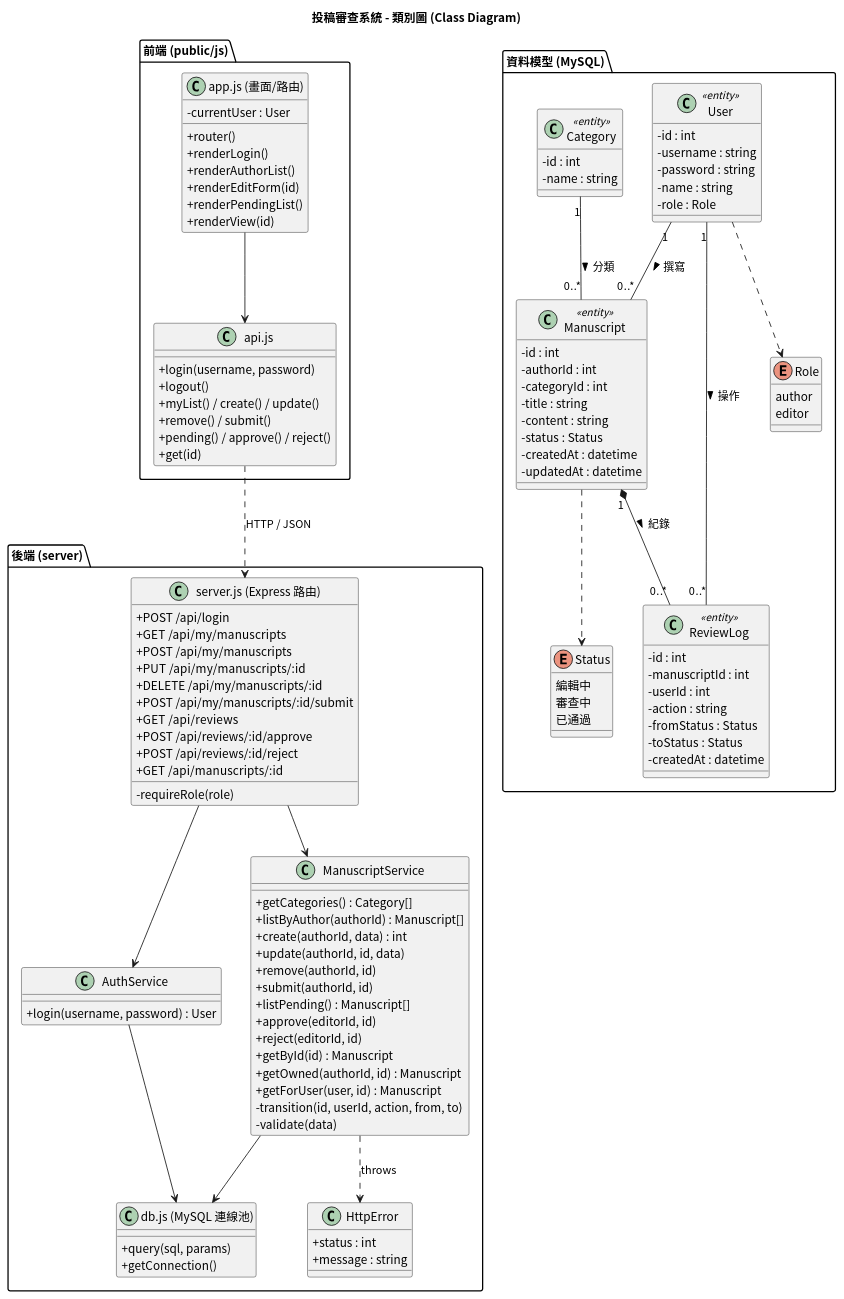
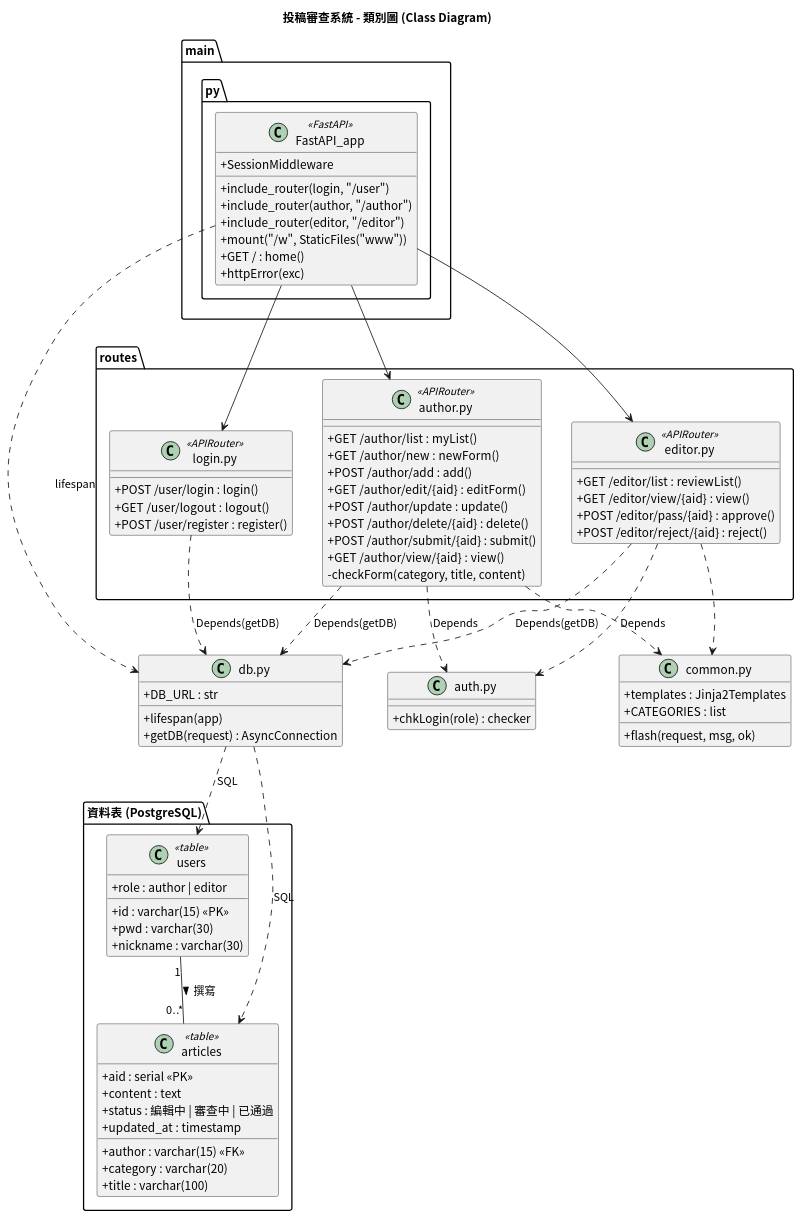
Before and after one commit to 617-lyx/1151se_mid: the diagram in docs/uml/02_class_diagram.puml, drawn with PlantUML. The commit also changed 45 other files, not shown here.

Commit message:
依課堂範例改寫：Python FastAPI + Jinja2 + PostgreSQL，更新 UML 圖

```diff
--- a/docs/uml/02_class_diagram.puml
+++ b/docs/uml/02_class_diagram.puml
@@ -1,126 +1,91 @@
 @startuml 02_class_diagram
 skinparam defaultFontName "Noto Sans CJK TC"
 skinparam shadowing false
 skinparam backgroundColor white
 title 投稿審查系統 - 類別圖 (Class Diagram)
 skinparam classAttributeIconSize 0
 
-package "前端 (public/js)" {
-  class "app.js (畫面/路由)" as App {
-    - currentUser : User
-    + router()
-    + renderLogin()
-    + renderAuthorList()
-    + renderEditForm(id)
-    + renderPendingList()
-    + renderView(id)
-  }
-  class "api.js" as Api {
-    + login(username, password)
-    + logout()
-    + myList() / create() / update()
-    + remove() / submit()
-    + pending() / approve() / reject()
-    + get(id)
+package "main.py" {
+  class FastAPI_app <<FastAPI>> {
+    + SessionMiddleware
+    + include_router(login, "/user")
+    + include_router(author, "/author")
+    + include_router(editor, "/editor")
+    + mount("/w", StaticFiles("www"))
+    + GET / : home()
+    + httpError(exc)
   }
 }
 
-package "後端 (server)" {
-  class "server.js (Express 路由)" as Server {
-    + POST /api/login
-    + GET  /api/my/manuscripts
-    + POST /api/my/manuscripts
-    + PUT  /api/my/manuscripts/:id
-    + DELETE /api/my/manuscripts/:id
-    + POST /api/my/manuscripts/:id/submit
-    + GET  /api/reviews
-    + POST /api/reviews/:id/approve
-    + POST /api/reviews/:id/reject
-    + GET  /api/manuscripts/:id
-    - requireRole(role)
+package "routes" {
+  class "login.py" as LoginRouter <<APIRouter>> {
+    + POST /user/login : login()
+    + GET  /user/logout : logout()
+    + POST /user/register : register()
   }
-  class AuthService {
-    + login(username, password) : User
+  class "author.py" as AuthorRouter <<APIRouter>> {
+    + GET  /author/list : myList()
+    + GET  /author/new : newForm()
+    + POST /author/add : add()
+    + GET  /author/edit/{aid} : editForm()
+    + POST /author/update : update()
+    + POST /author/delete/{aid} : delete()
+    + POST /author/submit/{aid} : submit()
+    + GET  /author/view/{aid} : view()
+    - checkForm(category, title, content)
   }
-  class ManuscriptService {
-    + getCategories() : Category[]
-    + listByAuthor(authorId) : Manuscript[]
-    + create(authorId, data) : int
-    + update(authorId, id, data)
-    + remove(authorId, id)
-    + submit(authorId, id)
-    + listPending() : Manuscript[]
-    + approve(editorId, id)
-    + reject(editorId, id)
-    + getById(id) : Manuscript
-    + getOwned(authorId, id) : Manuscript
-    + getForUser(user, id) : Manuscript
-    - transition(id, userId, action, from, to)
-    - validate(data)
-  }
-  class HttpError {
-    + status : int
-    + message : string
-  }
-  class "db.js (MySQL 連線池)" as Pool {
-    + query(sql, params)
-    + getConnection()
+  class "editor.py" as EditorRouter <<APIRouter>> {
+    + GET  /editor/list : reviewList()
+    + GET  /editor/view/{aid} : view()
+    + POST /editor/pass/{aid} : approve()
+    + POST /editor/reject/{aid} : reject()
   }
 }
 
-package "資料模型 (MySQL)" {
-  enum Role {
-    author
-    editor
+class "auth.py" as Auth {
+  + chkLogin(role) : checker
+}
+class "db.py" as DB {
+  + DB_URL : str
+  + lifespan(app)
+  + getDB(request) : AsyncConnection
+}
+class "common.py" as Common {
+  + templates : Jinja2Templates
+  + CATEGORIES : list
+  + flash(request, msg, ok)
+}
+
+package "資料表 (PostgreSQL)" {
+  class users <<table>> {
+    + id : varchar(15) <<PK>>
+    + pwd : varchar(30)
+    + nickname : varchar(30)
+    + role : author | editor
   }
-  enum Status {
-    編輯中
-    審查中
-    已通過
-  }
-  class User <<entity>> {
-    - id : int
-    - username : string
-    - password : string
-    - name : string
-    - role : Role
-  }
-  class Category <<entity>> {
-    - id : int
-    - name : string
-  }
-  class Manuscript <<entity>> {
-    - id : int
-    - authorId : int
-    - categoryId : int
-    - title : string
-    - content : string
-    - status : Status
-    - createdAt : datetime
-    - updatedAt : datetime
-  }
-  class ReviewLog <<entity>> {
-    - id : int
-    - manuscriptId : int
-    - userId : int
-    - action : string
-    - fromStatus : Status
-    - toStatus : Status
-    - createdAt : datetime
+  class articles <<table>> {
+    + aid : serial <<PK>>
+    + author : varchar(15) <<FK>>
+    + category : varchar(20)
+    + title : varchar(100)
+    + content : text
+    + status : 編輯中 | 審查中 | 已通過
+    + updated_at : timestamp
   }
 }
 
-App --> Api
-Api ..> Server : HTTP / JSON
-Server --> AuthService
-Server --> ManuscriptService
-AuthService --> Pool
-ManuscriptService --> Pool
-ManuscriptService ..> HttpError : throws
-User "1" -- "0..*" Manuscript : 撰寫 >
-Category "1" -- "0..*" Manuscript : 分類 >
-Manuscript "1" *-- "0..*" ReviewLog : 紀錄 >
-User "1" -- "0..*" ReviewLog : 操作 >
-User ..> Role
-Manuscript ..> Status
+FastAPI_app --> LoginRouter
+FastAPI_app --> AuthorRouter
+FastAPI_app --> EditorRouter
+FastAPI_app ..> DB : lifespan
+AuthorRouter ..> Auth : Depends
+EditorRouter ..> Auth : Depends
+LoginRouter ..> DB : Depends(getDB)
+AuthorRouter ..> DB : Depends(getDB)
+EditorRouter ..> DB : Depends(getDB)
+AuthorRouter ..> Common
+EditorRouter ..> Common
+DB ..> users : SQL
+DB ..> articles : SQL
+users "1" -- "0..*" articles : 撰寫 >
 @enduml
```
